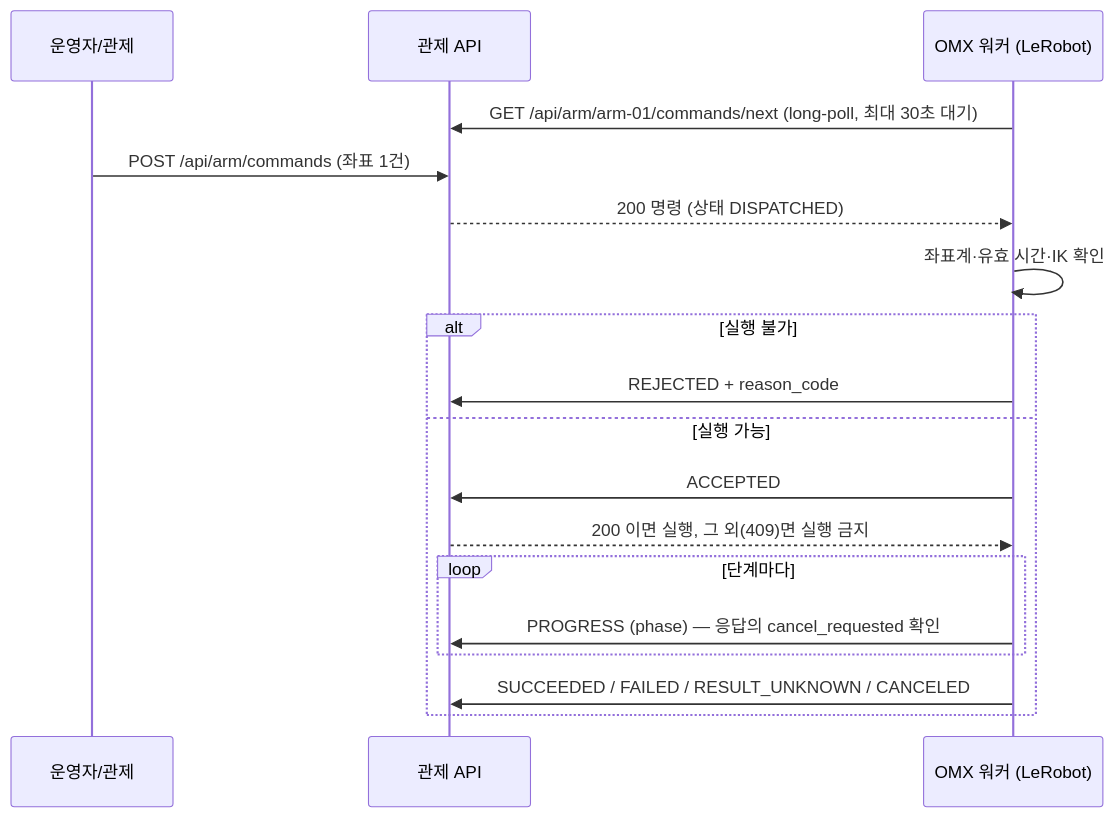
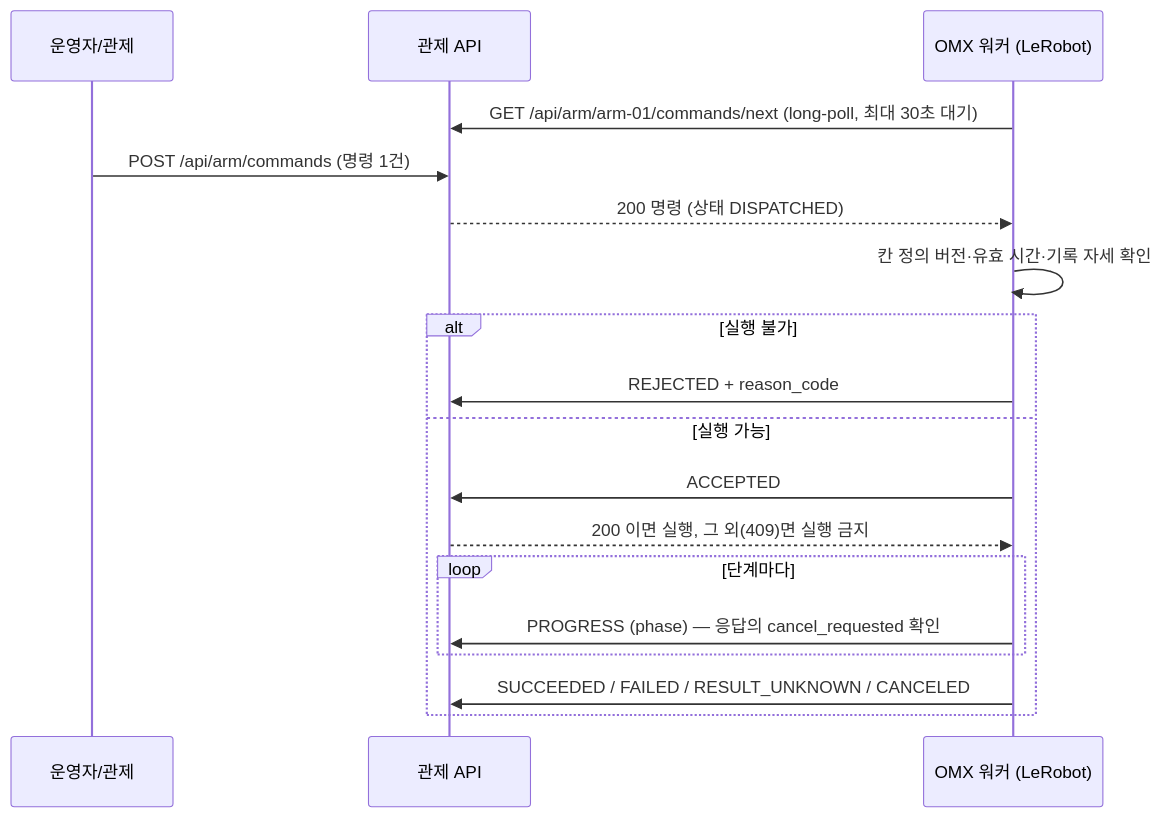
One commit to kernel-robot-8th/kernel-robot-repo-3 changed the first of 2 diagrams in docs/implementation/arm-command-api.md. Above: the diagram before and after it, drawn with Mermaid. The commit also changed other lines of this file and 70 other files, not shown here.

````diff
--- a/docs/implementation/arm-command-api.md
+++ b/docs/implementation/arm-command-api.md
@@ -15,20 +15,20 @@
 ```mermaid
 sequenceDiagram
     participant Op as 운영자/관제
     participant API as 관제 API
     participant W as OMX 워커 (LeRobot)
     W->>API: GET /api/arm/arm-01/commands/next (long-poll, 최대 30초 대기)
-    Op->>API: POST /api/arm/commands (좌표 1건)
+    Op->>API: POST /api/arm/commands (명령 1건)
     API-->>W: 200 명령 (상태 DISPATCHED)
-    W->>W: 좌표계·유효 시간·IK 확인
+    W->>W: 칸 정의 버전·유효 시간·기록 자세 확인
     alt 실행 불가
         W->>API: REJECTED + reason_code
     else 실행 가능
         W->>API: ACCEPTED
         API-->>W: 200 이면 실행, 그 외(409)면 실행 금지
         loop 단계마다
             W->>API: PROGRESS (phase) — 응답의 cancel_requested 확인
         end
         W->>API: SUCCEEDED / FAILED / RESULT_UNKNOWN / CANCELED
     end
 ```
````
